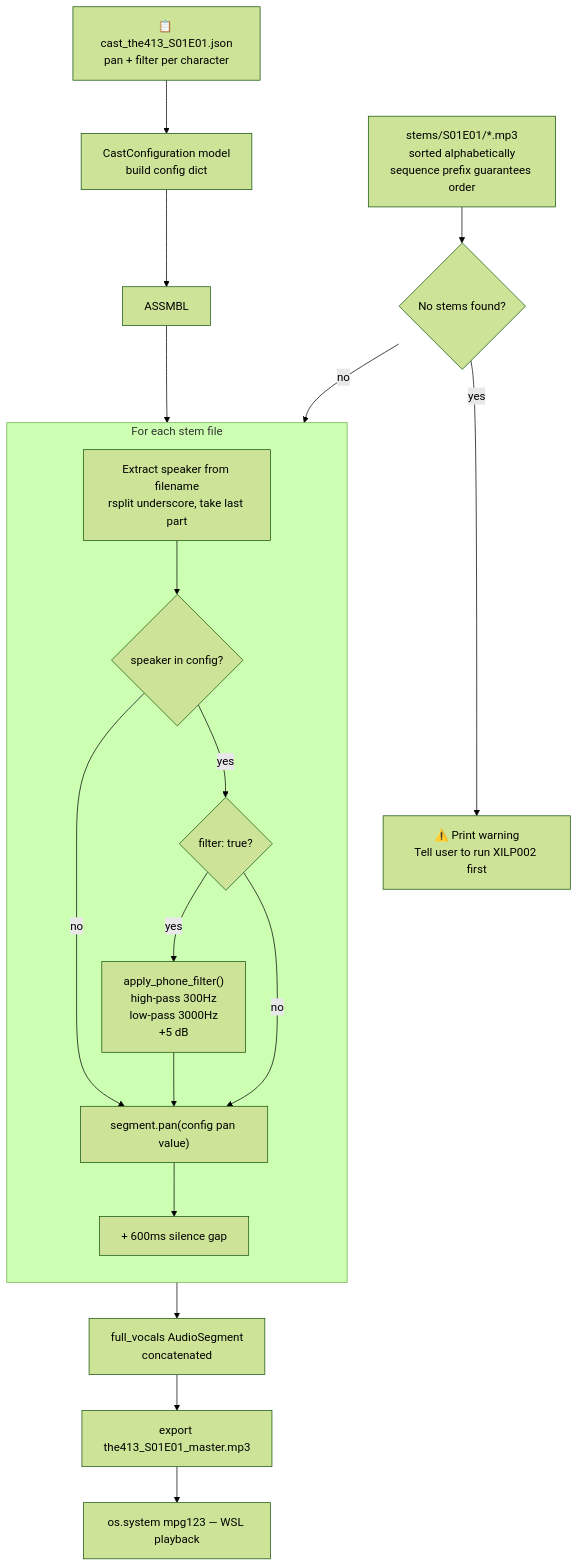
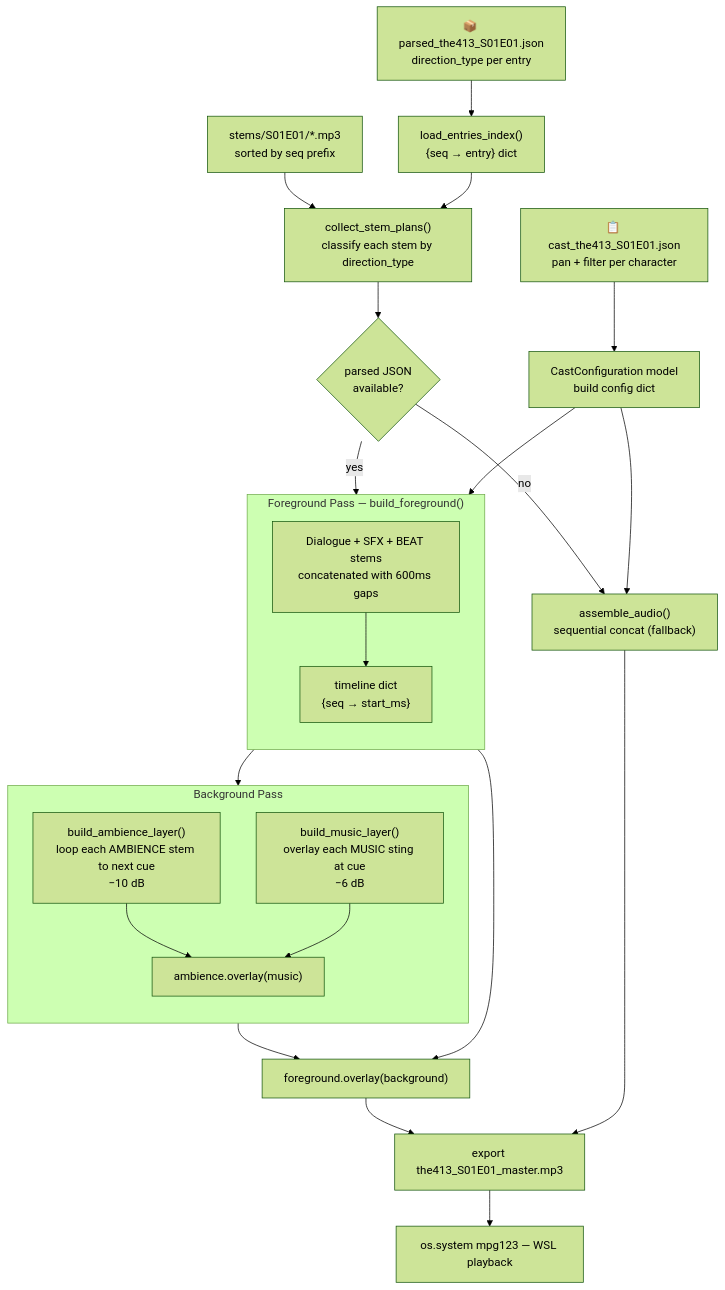
One commit to tazlin/xil-pipeline changed the fifth of 9 diagrams in docs/pipeline.md. Above: the diagram before and after it, drawn with Mermaid (forest theme). The commit also changed other lines of this file and 8 other files, not shown here.

First line of the commit message:
Add multi-track audio mixing and DAW layer export

````diff
--- a/docs/pipeline.md
+++ b/docs/pipeline.md
@@ -160,46 +210,56 @@
 ```mermaid
 flowchart TD
     C2["`📋 cast_the413_S01E01.json
     pan + filter per character`"]
+    J2["`📦 parsed_the413_S01E01.json
+    direction_type per entry`"]
+    ST2["`stems/S01E01/*.mp3
+    sorted by seq prefix`"]
+
     C2 --> CFG_LOAD["`CastConfiguration model
     build config dict`"]
-    CFG_LOAD --> ASSMBL
+    J2 --> IDX["`load_entries_index()
+    {seq → entry} dict`"]
+    ST2 --> PLANS["`collect_stem_plans()
+    classify each stem by direction_type`"]
+    IDX --> PLANS
 
-    ST["`stems/S01E01/*.mp3
-    sorted alphabetically
-    sequence prefix guarantees order`"]
-    NONE{"No stems found?"}
-    WARN["`⚠️ Print warning
-    Tell user to run XILP002 first`"]
+    PLANS --> BRANCH{"parsed JSON\navailable?"}
 
-    ST --> NONE
-    NONE -->|yes| WARN
-    NONE -->|no| LOOP2
+    BRANCH -->|no| SEQ["`assemble_audio()
+    sequential concat (fallback)`"]
 
-    subgraph LOOP2["For each stem file"]
+    BRANCH -->|yes| FG
+
+    subgraph FG["Foreground Pass — build_foreground()"]
         direction TB
-        EXT["`Extract speaker from filename
-        rsplit underscore, take last part`"]
-        CFG{"speaker in config?"}
-        FILT{"filter: true?"}
-        PAN["segment.pan(config pan value)"]
-        PHONE["`apply_phone_filter()
-        high-pass 300Hz
-        low-pass 3000Hz
-        +5 dB`"]
-        GAP["+ 600ms silence gap"]
-
-        EXT --> CFG
-        CFG -->|yes| FILT
-        CFG -->|no| PAN
-        FILT -->|yes| PHONE --> PAN
-        FILT -->|no| PAN
-        PAN --> GAP
+        FG1["`Dialogue + SFX + BEAT stems
+        concatenated with 600ms gaps`"]
+        FG2["`timeline dict
+        {seq → start_ms}`"]
+        FG1 --> FG2
     end
 
-    ASSMBL --> LOOP2
-    LOOP2 --> CONCAT["`full_vocals AudioSegment
-    concatenated`"]
-    CONCAT --> EXPORT["export the413_S01E01_master.mp3"]
-    EXPORT --> PLAY["os.system mpg123 — WSL playback"]
+    subgraph BG["Background Pass"]
+        direction TB
+        AMB["`build_ambience_layer()
+        loop each AMBIENCE stem to next cue
+        −10 dB`"]
+        MUS["`build_music_layer()
+        overlay each MUSIC sting at cue
+        −6 dB`"]
+        AMB --> BGMIX["ambience.overlay(music)"]
+        MUS --> BGMIX
+    end
+
+    FG2 --> BG
+    FG1 --> OVERLAY["foreground.overlay(background)"]
+    BGMIX --> OVERLAY
+
+    OVERLAY --> EXPORT2["export the413_S01E01_master.mp3"]
+    SEQ --> EXPORT2
+    EXPORT2 --> PLAY2["os.system mpg123 — WSL playback"]
+
+    CFG_LOAD --> FG
+    CFG_LOAD --> SEQ
 ```
````
